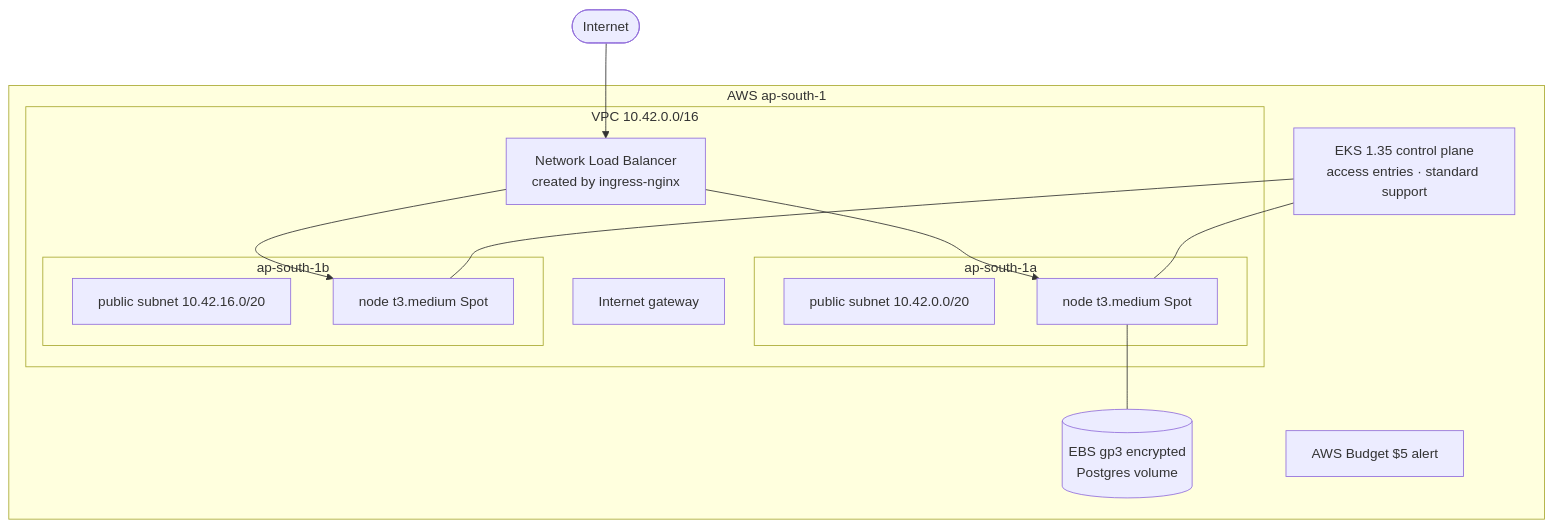
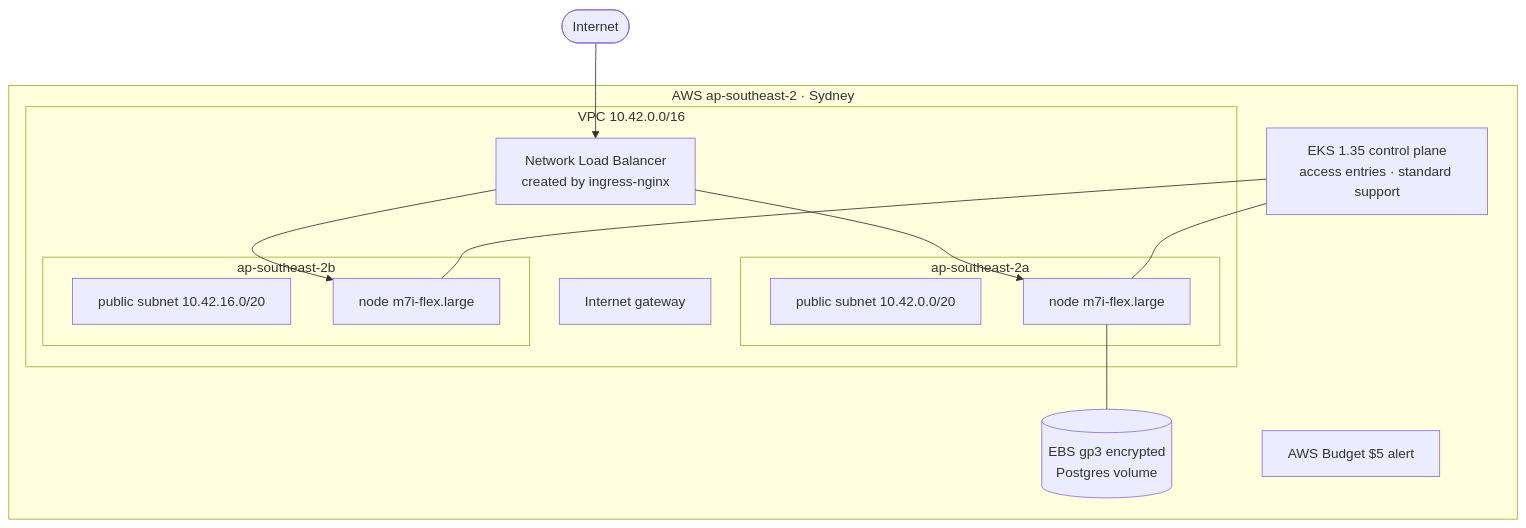
One commit to Aanviiii/DevOps-project changed the third of 3 diagrams in docs/ARCHITECTURE.md. Above: the diagram before and after it, drawn with Mermaid. The commit also changed other lines of this file and 10 other files, not shown here.

First line of the commit message:
Target Sydney with On-Demand m7i-flex.large nodes by default

````diff
--- a/docs/ARCHITECTURE.md
+++ b/docs/ARCHITECTURE.md
@@ -85,23 +85,23 @@
 ```mermaid
 flowchart TB
-    subgraph aws [AWS ap-south-1]
+    subgraph aws [AWS ap-southeast-2 · Sydney]
         subgraph vpc [VPC 10.42.0.0/16]
             igw[Internet gateway]
-            subgraph az1 [ap-south-1a]
+            subgraph az1 [ap-southeast-2a]
                 s1[public subnet 10.42.0.0/20]
-                n1[node t3.medium Spot]
+                n1[node m7i-flex.large]
             end
-            subgraph az2 [ap-south-1b]
+            subgraph az2 [ap-southeast-2b]
                 s2[public subnet 10.42.16.0/20]
-                n2[node t3.medium Spot]
+                n2[node m7i-flex.large]
             end
             nlb[Network Load Balancer<br/>created by ingress-nginx]
         end
         eks[EKS 1.35 control plane<br/>access entries · standard support]
         ebs[(EBS gp3 encrypted<br/>Postgres volume)]
         budget[AWS Budget $5 alert]
     end
     internet([Internet]) --> nlb --> n1 & n2
     eks --- n1 & n2
     n1 --- ebs
 ```
````
